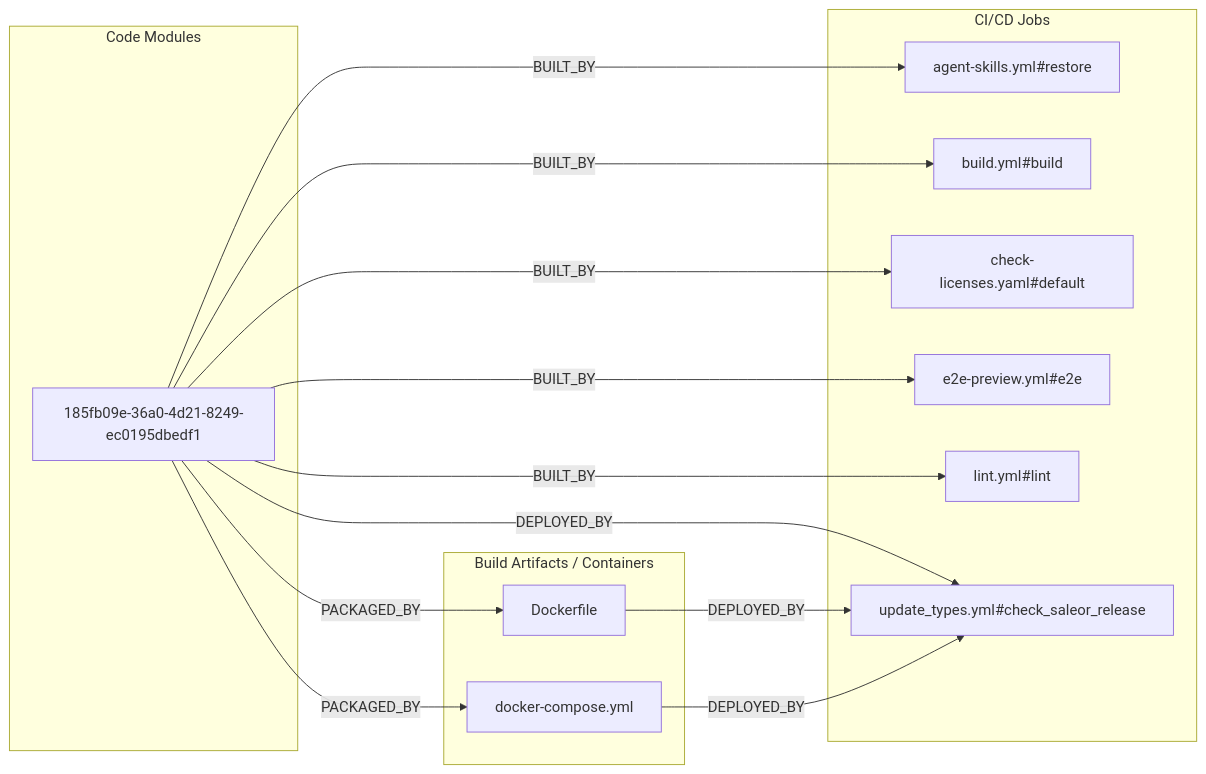
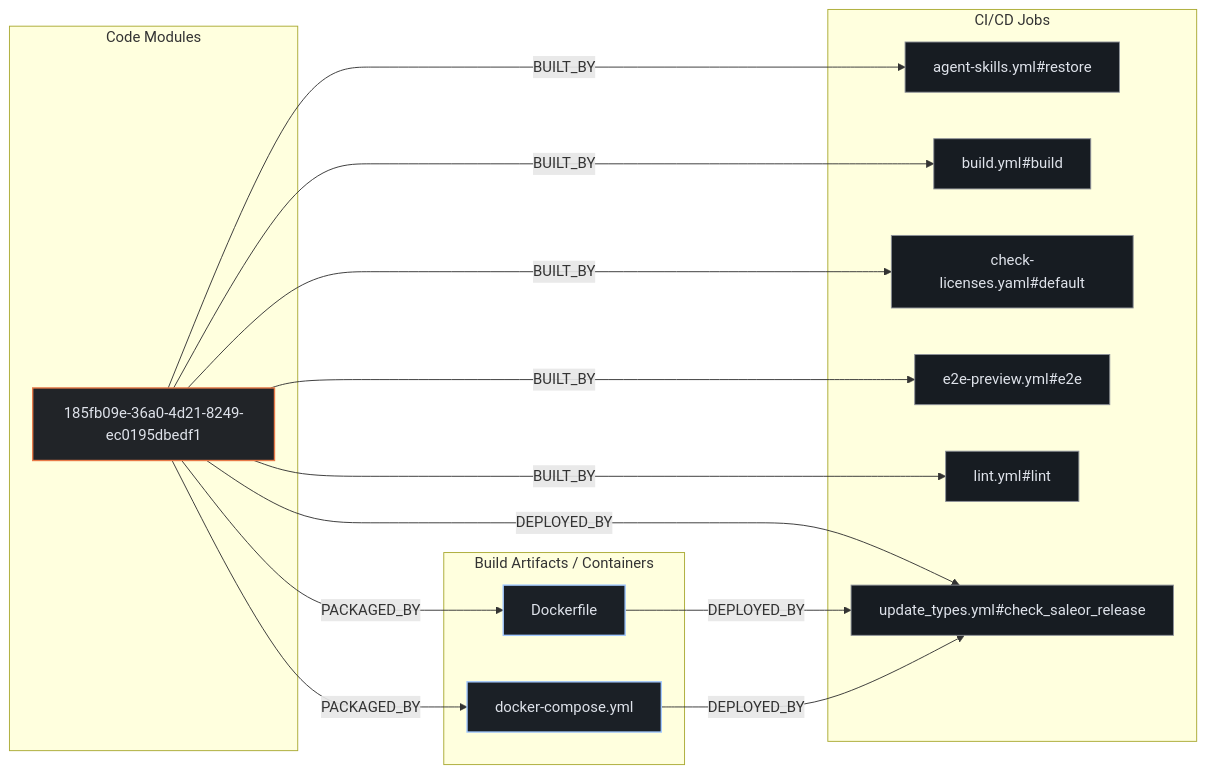
One commit to kumarshaz/atruss-code-atlas changed the second of 3 diagrams in exports/latest/reports/saleor-storefront-report.md. Above: the diagram before and after it, drawn with Mermaid. The commit also changed other lines of this file and 331 other files, not shown here.

Commit message:
docs,ui,fix: update SDLC docs, reorder CI/CD DAG first, stylize Mermaid, and fix Arc42 pipeline topology

````diff
--- a/exports/latest/reports/saleor-storefront-report.md
+++ b/exports/latest/reports/saleor-storefront-report.md
@@ -193,28 +200,32 @@
 ```mermaid
 flowchart LR
+    classDef atlasCategory fill:#212428,stroke:#E87A48,stroke-width:1.5px,color:#dfe3eb
+    classDef atlasWorkflow fill:#1b2026,stroke:#a3c9ff,stroke-width:1.5px,color:#dfe3eb
+    classDef atlasJob fill:#171c22,stroke:#8d9199,stroke-width:1px,color:#dfe3eb
+    classDef atlasTarget fill:#005227,stroke:#8bd99b,stroke-width:1.5px,color:#a7f6b6
     subgraph code_modules["Code Modules"]
-        mod_185fb09e_36a0_4d21_8249_ec0195dbedf1["185fb09e-36a0-4d21-8249-ec0195dbedf1"]
+        mod_185fb09e_36a0_4d21_8249_ec0195dbedf1["185fb09e-36a0-4d21-8249-ec0195dbedf1"]:::atlasCategory
     end
     subgraph build_artifacts["Build Artifacts / Containers"]
-        art_Dockerfile["Dockerfile"]
-        art_docker_compose_yml["docker-compose.yml"]
+        art_Dockerfile["Dockerfile"]:::atlasWorkflow
+        art_docker_compose_yml["docker-compose.yml"]:::atlasWorkflow
     end
     subgraph ci_jobs["CI/CD Jobs"]
-        job_agent_skills_yml_restore["agent-skills.yml#restore"]
-        job_build_yml_build["build.yml#build"]
-        job_check_licenses_yaml_default["check-licenses.yaml#default"]
-        job_e2e_preview_yml_e2e["e2e-preview.yml#e2e"]
-        job_lint_yml_lint["lint.yml#lint"]
-        job_update_types_yml_check_saleor_release["update_types.yml#check_saleor_release"]
+        job_agent_skills_yml_restore["agent-skills.yml#restore"]:::atlasJob
+        job_build_yml_build["build.yml#build"]:::atlasJob
+        job_check_licenses_yaml_default["check-licenses.yaml#default"]:::atlasJob
+        job_e2e_preview_yml_e2e["e2e-preview.yml#e2e"]:::atlasJob
+        job_lint_yml_lint["lint.yml#lint"]:::atlasJob
+        job_update_types_yml_check_saleor_release["update_types.yml#check_saleor_release"]:::atlasJob
     end
     mod_185fb09e_36a0_4d21_8249_ec0195dbedf1 -->|BUILT_BY| job_agent_skills_yml_restore
     mod_185fb09e_36a0_4d21_8249_ec0195dbedf1 -->|BUILT_BY| job_build_yml_build
     mod_185fb09e_36a0_4d21_8249_ec0195dbedf1 -->|BUILT_BY| job_check_licenses_yaml_default
     mod_185fb09e_36a0_4d21_8249_ec0195dbedf1 -->|BUILT_BY| job_e2e_preview_yml_e2e
     mod_185fb09e_36a0_4d21_8249_ec0195dbedf1 -->|BUILT_BY| job_lint_yml_lint
     mod_185fb09e_36a0_4d21_8249_ec0195dbedf1 -->|DEPLOYED_BY| job_update_types_yml_check_saleor_release
     mod_185fb09e_36a0_4d21_8249_ec0195dbedf1 -->|PACKAGED_BY| art_Dockerfile
     mod_185fb09e_36a0_4d21_8249_ec0195dbedf1 -->|PACKAGED_BY| art_docker_compose_yml
     art_Dockerfile -->|DEPLOYED_BY| job_update_types_yml_check_saleor_release
     art_docker_compose_yml -->|DEPLOYED_BY| job_update_types_yml_check_saleor_release
 ```
````
